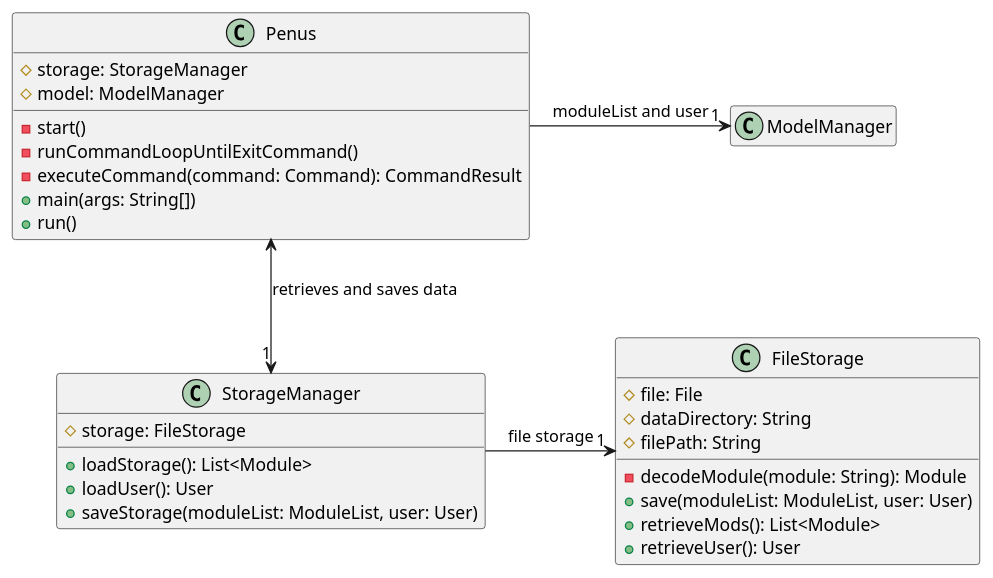
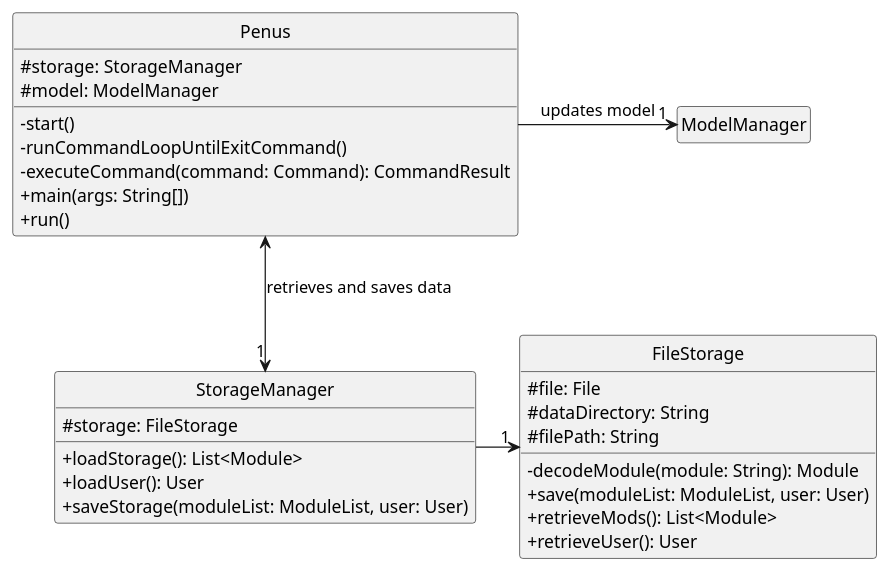
Before and after one commit to sriram-senthilkr/tp: the diagram in docs/uml/sourcecode/SaveFeatureClass.puml, drawn with PlantUML. The commit also changed 20 other files, not shown here.

Commit message:
Fix diagrams 1

```diff
--- a/docs/uml/sourcecode/SaveFeatureClass.puml
+++ b/docs/uml/sourcecode/SaveFeatureClass.puml
@@ -1,38 +1,40 @@
 @startuml
 hide empty members
+hide circle
+skinparam classAttributeIconSize 0
 
 class FileStorage {
     #file: File
     #dataDirectory: String
     #filePath: String
     -decodeModule(module: String): Module
     +save(moduleList: ModuleList, user: User)
     +retrieveMods(): List<Module>
     +retrieveUser(): User
 }
 
 class StorageManager {
     #storage: FileStorage
     +loadStorage(): List<Module>
     +loadUser(): User
     +saveStorage(moduleList: ModuleList, user: User)
 }
 
 class Penus {
     #storage: StorageManager
     #model: ModelManager
     -start()
     -runCommandLoopUntilExitCommand()
     -executeCommand(command: Command): CommandResult
     +main(args: String[])
     +run()
 }
 
 class ModelManager {}
 
-StorageManager -right-> "1" FileStorage: file storage
+StorageManager -right-> "1" FileStorage
 Penus <-down-> "1" StorageManager: retrieves and saves data
-Penus -right-> "1" ModelManager: moduleList and user
+Penus -right-> "1" ModelManager: updates model
 
 
 @enduml
```
